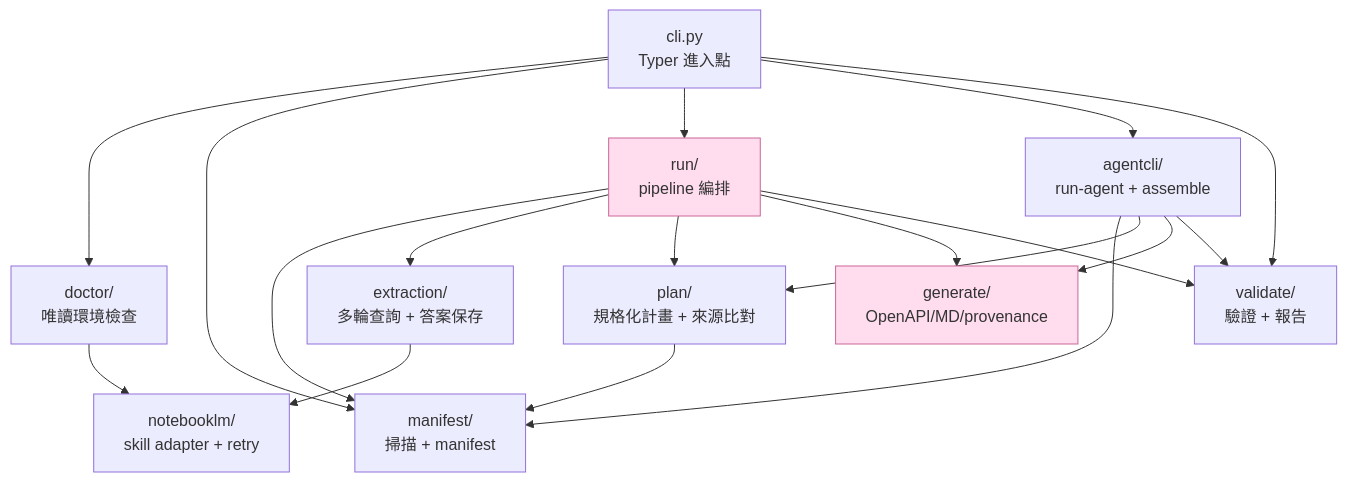
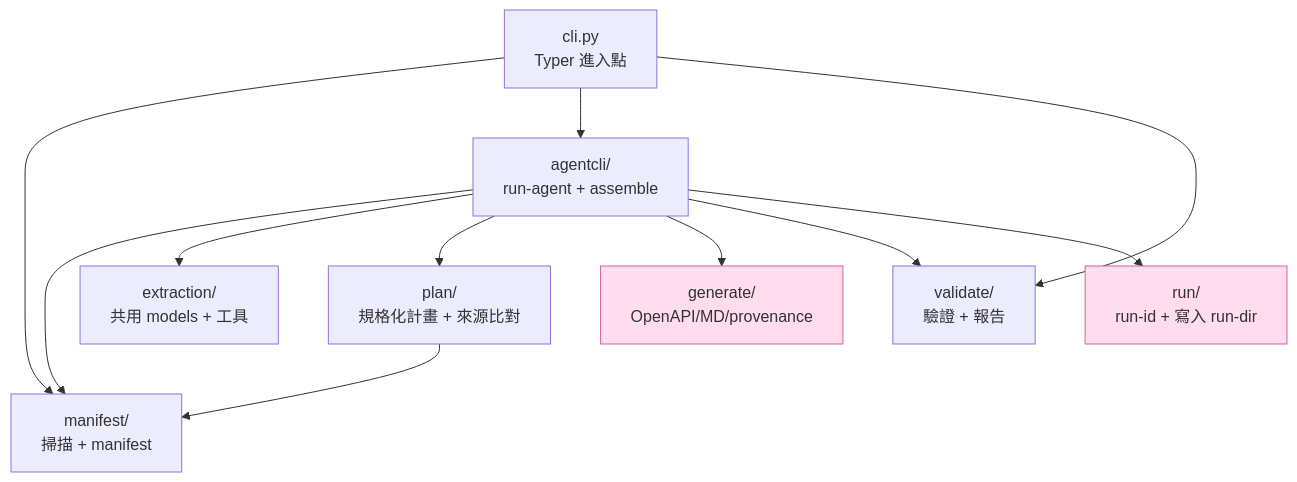
Before and after one commit to CarlLee1983/loop-apidoc: the second of 2 diagrams in docs/ARCHITECTURE.md, drawn with Mermaid. The commit also changed other lines of this file and 63 other files, not shown here.

First line of the commit message:
refactor: [agentcli] 移除 NotebookLM 擷取模式,保留 run-agent/assemble 兩模式

````diff
--- a/docs/ARCHITECTURE.md
+++ b/docs/ARCHITECTURE.md
@@ -47,28 +48,20 @@
 ```mermaid
 flowchart TD
     cli[cli.py<br/>Typer 進入點]
 
-    cli --> doctor[doctor/<br/>唯讀環境檢查]
     cli --> manifest[manifest/<br/>掃描 + manifest]
-    cli --> run[run/<br/>pipeline 編排]
     cli --> agentcli[agentcli/<br/>run-agent + assemble]
     cli --> validate[validate/<br/>驗證 + 報告]
 
-    run --> manifest
-    run --> extraction[extraction/<br/>多輪查詢 + 答案保存]
-    run --> plan[plan/<br/>規格化計畫 + 來源比對]
-    run --> generate[generate/<br/>OpenAPI/MD/provenance]
-    run --> validate
+    agentcli --> manifest
+    agentcli --> extraction[extraction/<br/>共用 models + 工具]
+    agentcli --> plan[plan/<br/>規格化計畫 + 來源比對]
+    agentcli --> generate[generate/<br/>OpenAPI/MD/provenance]
+    agentcli --> validate
+    agentcli --> run[run/<br/>run-id + 寫入 run-dir]
 
-    agentcli --> manifest
-    agentcli --> plan
-    agentcli --> generate
-    agentcli --> validate
-
-    extraction --> notebooklm[notebooklm/<br/>skill adapter + retry]
-    doctor --> notebooklm
     plan --> manifest
 
     classDef io fill:#fde,stroke:#c69
     class generate,run io
 ```
````
